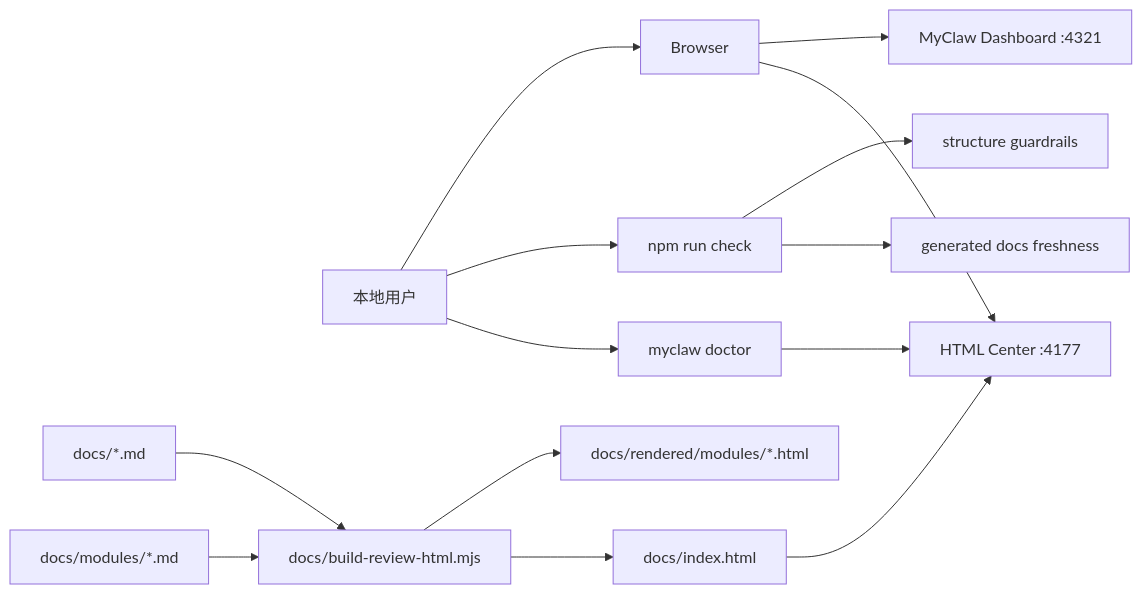
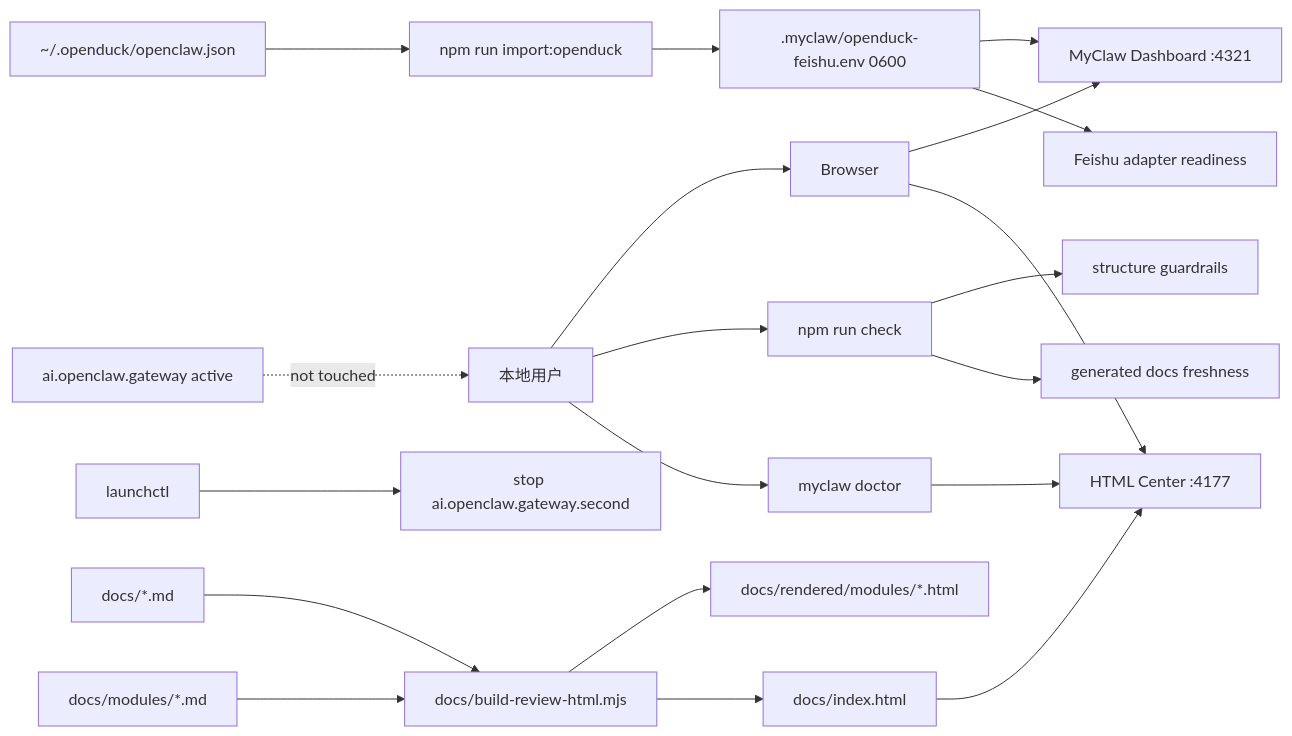
One commit to mayf3/myclaw changed the third of 10 diagrams in docs/implementation-architecture.md. Above: the diagram before and after it, drawn with Mermaid. The commit also changed other lines of this file and 28 other files, not shown here.

Commit message:
feat: add safe openduck Feishu import

````diff
--- a/docs/implementation-architecture.md
+++ b/docs/implementation-architecture.md
@@ -72,16 +74,22 @@
 ```mermaid
 flowchart LR
   User[本地用户] --> Browser[Browser]
   Browser --> Dashboard[MyClaw Dashboard :4321]
   Browser --> HtmlCenter[HTML Center :4177]
   User --> Check[npm run check]
   Check --> Structure[structure guardrails]
   Check --> Generated[generated docs freshness]
   User --> Doctor[myclaw doctor]
   Doctor --> HtmlCenter
+  Openduck[~/.openduck/openclaw.json] --> Import[npm run import:openduck]
+  Import --> LocalEnv[.myclaw/openduck-feishu.env 0600]
+  LocalEnv --> Dashboard
+  LocalEnv --> FeishuAdapter[Feishu adapter readiness]
+  Launchctl[launchctl] --> StopSecond[stop ai.openclaw.gateway.second]
+  ActiveOpenClaw[ai.openclaw.gateway active] -.not touched.-> User
   Docs[docs/*.md] --> Builder[docs/build-review-html.mjs]
   Modules[docs/modules/*.md] --> Builder
   Builder --> Rendered[docs/rendered/modules/*.html]
   Builder --> Index[docs/index.html]
   Index --> HtmlCenter
 ```
````
